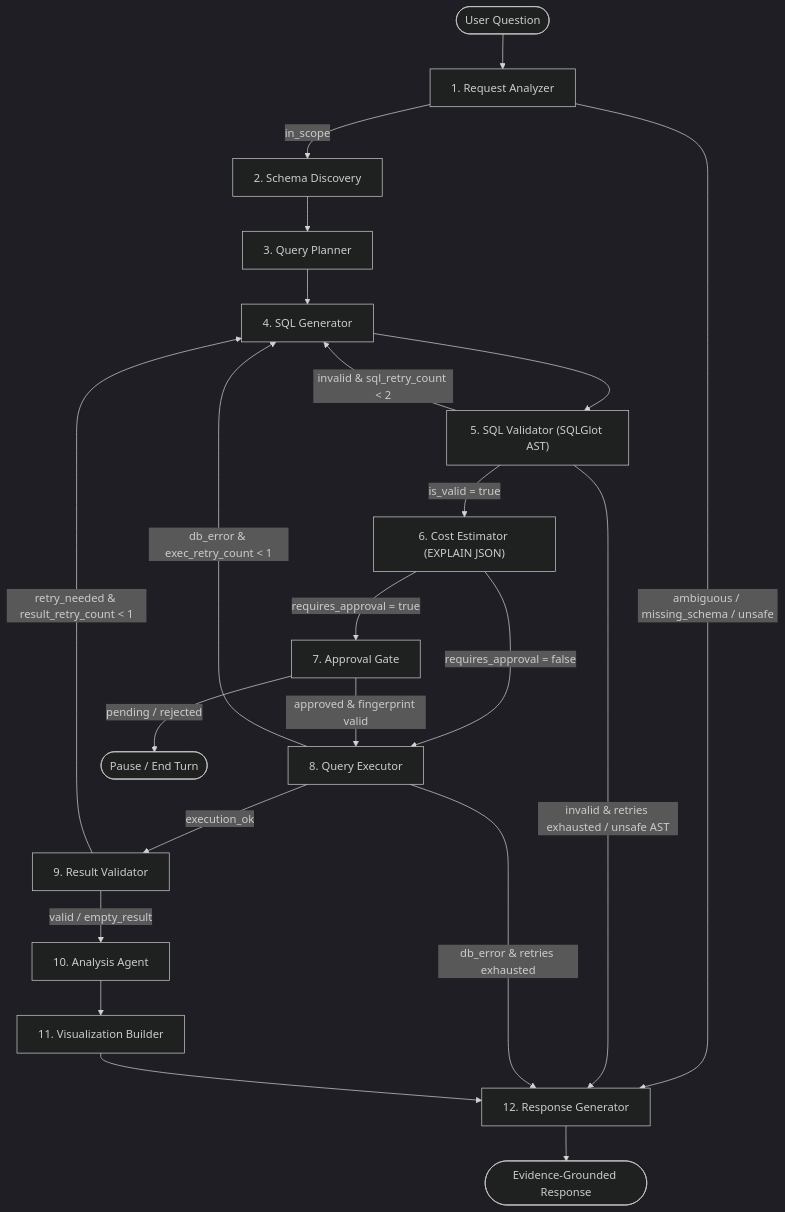
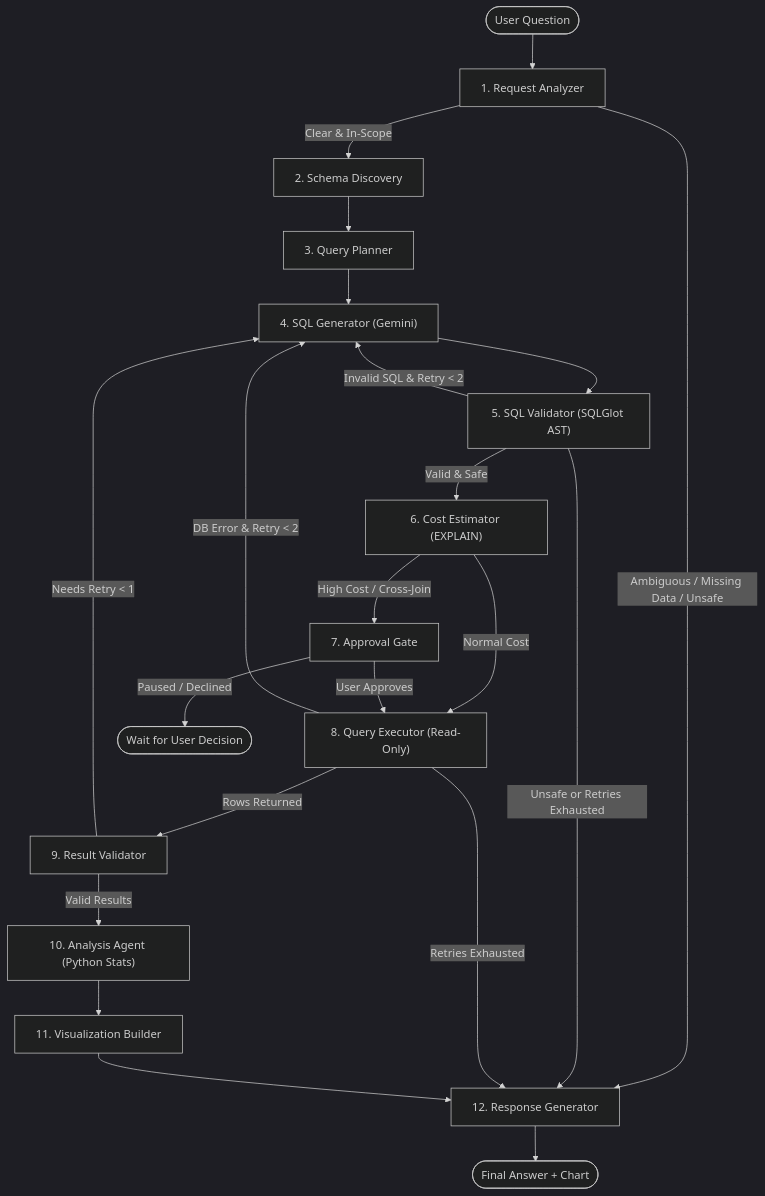
The second of 3 diagrams in docs/ARCHITECTURE.md (sksmagr23/QueryPilot), drawn with Mermaid (dark theme) before and after one commit. The commit also changed other lines of this file and 1 other file, not shown here.

````diff
--- a/docs/ARCHITECTURE.md
+++ b/docs/ARCHITECTURE.md
@@ -64,32 +27,32 @@
 ```mermaid
 flowchart TD
     START([User Question]) --> N1["1. Request Analyzer"]
 
-    N1 -- "in_scope" --> N2["2. Schema Discovery"]
-    N1 -- "ambiguous / missing_schema / unsafe" --> N12["12. Response Generator"]
+    N1 -- "Clear & In-Scope" --> N2["2. Schema Discovery"]
+    N1 -- "Ambiguous / Missing Data / Unsafe" --> N12["12. Response Generator"]
 
     N2 --> N3["3. Query Planner"]
-    N3 --> N4["4. SQL Generator"]
+    N3 --> N4["4. SQL Generator (Gemini)"]
     N4 --> N5["5. SQL Validator (SQLGlot AST)"]
 
-    N5 -- "is_valid = true" --> N6["6. Cost Estimator (EXPLAIN JSON)"]
-    N5 -- "invalid & sql_retry_count < 2" --> N4
-    N5 -- "invalid & retries exhausted / unsafe AST" --> N12
+    N5 -- "Valid & Safe" --> N6["6. Cost Estimator (EXPLAIN)"]
+    N5 -- "Invalid SQL & Retry < 2" --> N4
+    N5 -- "Unsafe or Retries Exhausted" --> N12
 
-    N6 -- "requires_approval = true" --> N7["7. Approval Gate"]
-    N6 -- "requires_approval = false" --> N8["8. Query Executor"]
+    N6 -- "High Cost / Cross-Join" --> N7["7. Approval Gate"]
+    N6 -- "Normal Cost" --> N8["8. Query Executor (Read-Only)"]
 
-    N7 -- "approved & fingerprint valid" --> N8
-    N7 -- "pending / rejected" --> END_INT([Pause / End Turn])
+    N7 -- "User Approves" --> N8
+    N7 -- "Paused / Declined" --> END_PAUSE([Wait for User Decision])
 
-    N8 -- "execution_ok" --> N9["9. Result Validator"]
-    N8 -- "db_error & exec_retry_count < 1" --> N4
-    N8 -- "db_error & retries exhausted" --> N12
+    N8 -- "Rows Returned" --> N9["9. Result Validator"]
+    N8 -- "DB Error & Retry < 2" --> N4
+    N8 -- "Retries Exhausted" --> N12
 
-    N9 -- "valid / empty_result" --> N10["10. Analysis Agent"]
-    N9 -- "retry_needed & result_retry_count < 1" --> N4
+    N9 -- "Valid Results" --> N10["10. Analysis Agent (Python Stats)"]
+    N9 -- "Needs Retry < 1" --> N4
 
     N10 --> N11["11. Visualization Builder"]
     N11 --> N12
-    N12 --> END_DONE([Evidence-Grounded Response])
+    N12 --> END_DONE([Final Answer + Chart])
 ```
````
